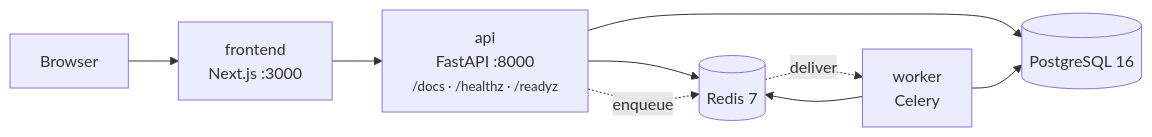
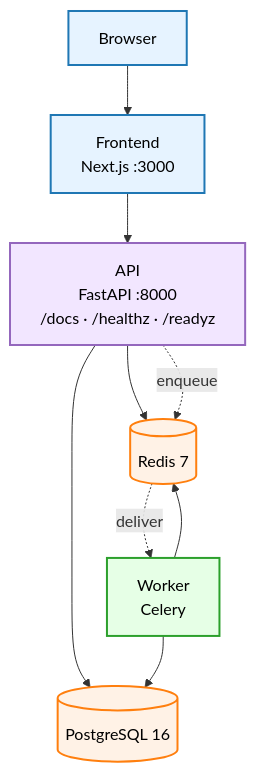
The fifth of 5 diagrams in docs/system-overview.md (AgentiCubed/A3), drawn with Mermaid before and after one commit. The commit also changed other lines of this file, not shown here.

First line of the commit message:
Refactored Mermaid diagrams for accessibility and responsive scaling

````diff
--- a/docs/system-overview.md
+++ b/docs/system-overview.md
@@ -166,11 +213,29 @@
 ```mermaid
-flowchart LR
-    browser["Browser"] --> fe["frontend<br/>Next.js :3000"]
-    fe --> api["api<br/>FastAPI :8000<br/><small>/docs · /healthz · /readyz</small>"]
-    api --> pg[("PostgreSQL 16")]
-    api --> redis[("Redis 7")]
-    worker["worker<br/>Celery"] --> pg
+flowchart TD
+    %% Styling classes
+    classDef client fill:#e6f3ff,stroke:#1f77b4,stroke-width:2px,color:#000
+    classDef server fill:#f2e6ff,stroke:#9467bd,stroke-width:2px,color:#000
+    classDef database fill:#fff2e6,stroke:#ff7f0e,stroke-width:2px,color:#000
+    classDef worker fill:#e6ffe6,stroke:#2ca02c,stroke-width:2px,color:#000
+
+    browser["Browser"]:::client
+    fe["Frontend \n Next.js :3000"]:::client
+    api["API \n FastAPI :8000 \n /docs · /healthz · /readyz"]:::server
+    
+    pg[("PostgreSQL 16")]:::database
+    redis[("Redis 7")]:::database
+    
+    worker["Worker \n Celery"]:::worker
+
+    %% Standard connections
+    browser --> fe
+    fe --> api
+    api --> pg
+    api --> redis
+    worker --> pg
     worker --> redis
-    api -. enqueue .-> redis
-    redis -. deliver .-> worker
+    
+    %% Queue flow
+    api -.->|"enqueue"| redis
+    redis -.->|"deliver"| worker
 ```
````
